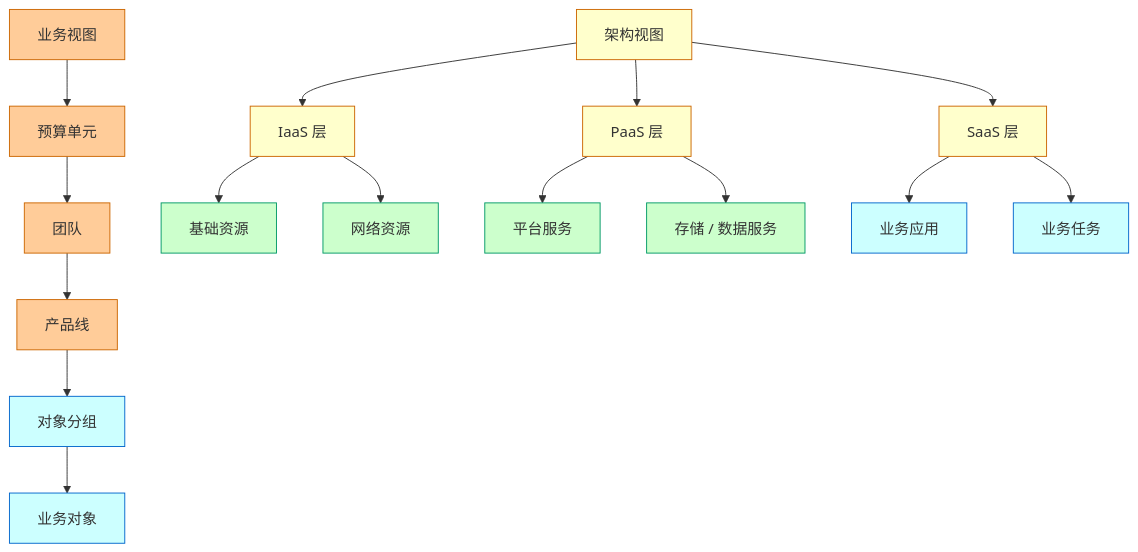
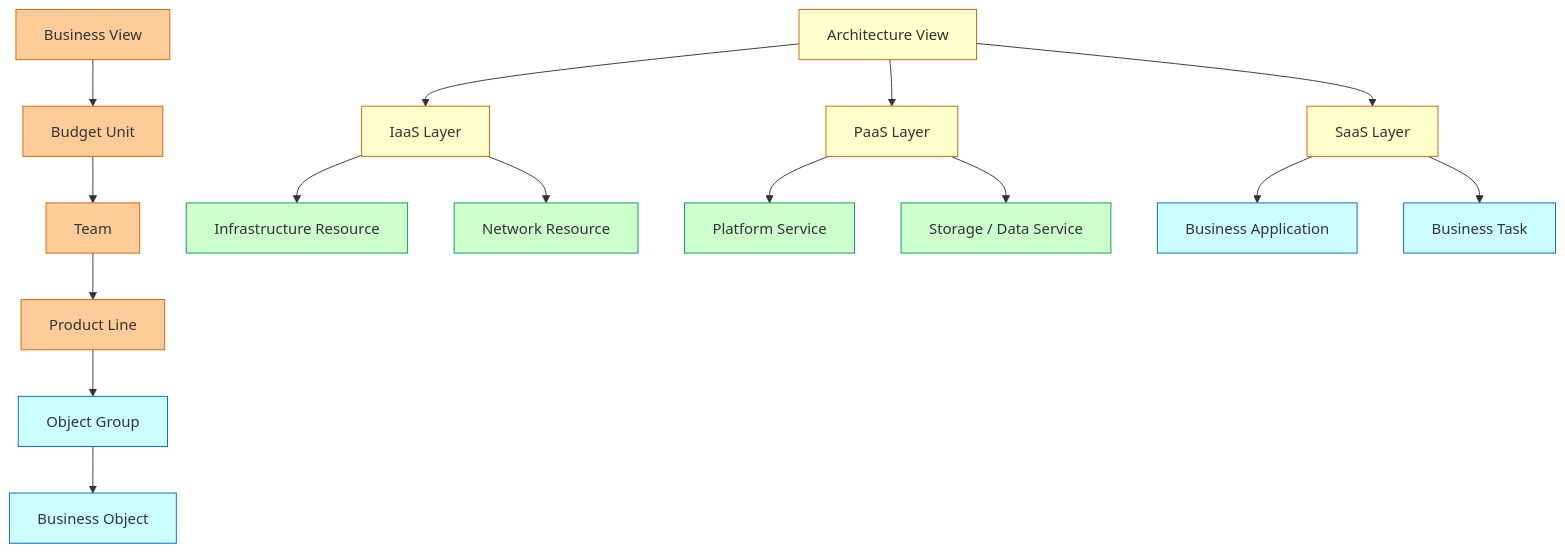
One commit to xyjunco/junco-skill changed the eighth of 9 diagrams in references/diagram-patterns.md. Above: the diagram before and after it, drawn with Mermaid. The commit also changed other lines of this file and 6 other files, not shown here.

````diff
--- a/references/diagram-patterns.md
+++ b/references/diagram-patterns.md
@@ -303,31 +326,31 @@
 ```mermaid
 graph TD
-  Business["业务视图"] --> BU["预算单元"]
-  BU --> Team["团队"]
-  Team --> ProductLine["产品线"]
-  ProductLine --> ObjectGroup["对象分组"]
-  ObjectGroup --> BusinessObject["业务对象"]
+  Business["Business View"] --> BU["Budget Unit"]
+  BU --> Team["Team"]
+  Team --> ProductLine["Product Line"]
+  ProductLine --> ObjectGroup["Object Group"]
+  ObjectGroup --> BusinessObject["Business Object"]
 
-  Architecture["架构视图"] --> IaaS["IaaS 层"]
-  Architecture --> PaaS["PaaS 层"]
-  Architecture --> SaaS["SaaS 层"]
-  IaaS --> Host["基础资源"]
-  IaaS --> Network["网络资源"]
-  PaaS --> Service["平台服务"]
-  PaaS --> Storage["存储 / 数据服务"]
-  SaaS --> Application["业务应用"]
-  SaaS --> Task["业务任务"]
+  Architecture["Architecture View"] --> IaaS["IaaS Layer"]
+  Architecture --> PaaS["PaaS Layer"]
+  Architecture --> SaaS["SaaS Layer"]
+  IaaS --> Host["Infrastructure Resource"]
+  IaaS --> Network["Network Resource"]
+  PaaS --> Service["Platform Service"]
+  PaaS --> Storage["Storage / Data Service"]
+  SaaS --> Application["Business Application"]
+  SaaS --> Task["Business Task"]
 
   class Business,BU,Team,ProductLine actor;
   class ObjectGroup,BusinessObject,Application,Task core;
   class Architecture,IaaS,PaaS,SaaS control;
   class Host,Network,Service,Storage runtime;
 
   classDef actor fill:#FFCC99,stroke:#CC6600,color:#333333;
   classDef core fill:#CCFFFF,stroke:#0066CC,color:#333333;
   classDef runtime fill:#CCFFCC,stroke:#009966,color:#333333;
   classDef control fill:#FFFFCC,stroke:#CC6600,color:#333333;
   classDef data fill:#CCCCFF,stroke:#663399,color:#333333;
   classDef risk fill:#FFCCCC,stroke:#CC3333,color:#333333;
   classDef neutral fill:#FFFFFF,stroke:#999999,color:#333333;
 ```
````
